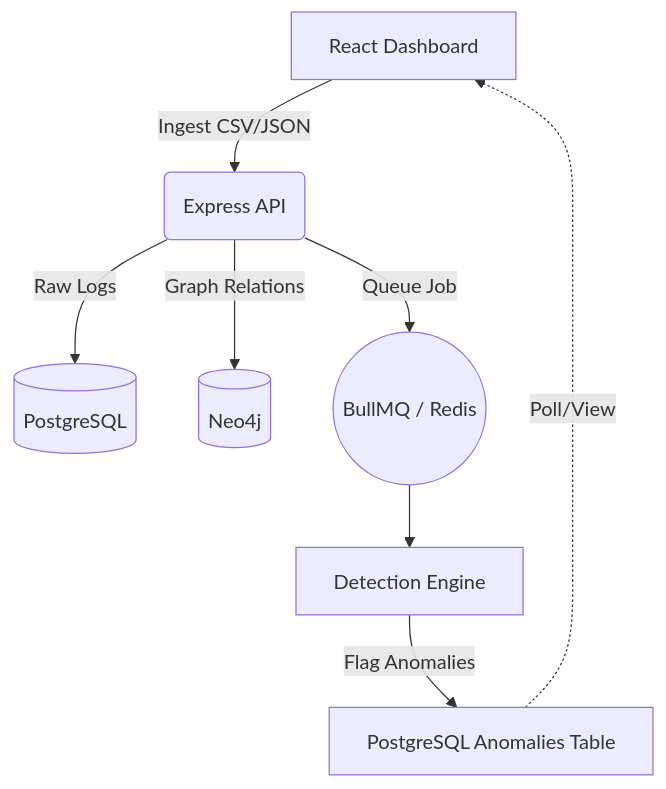
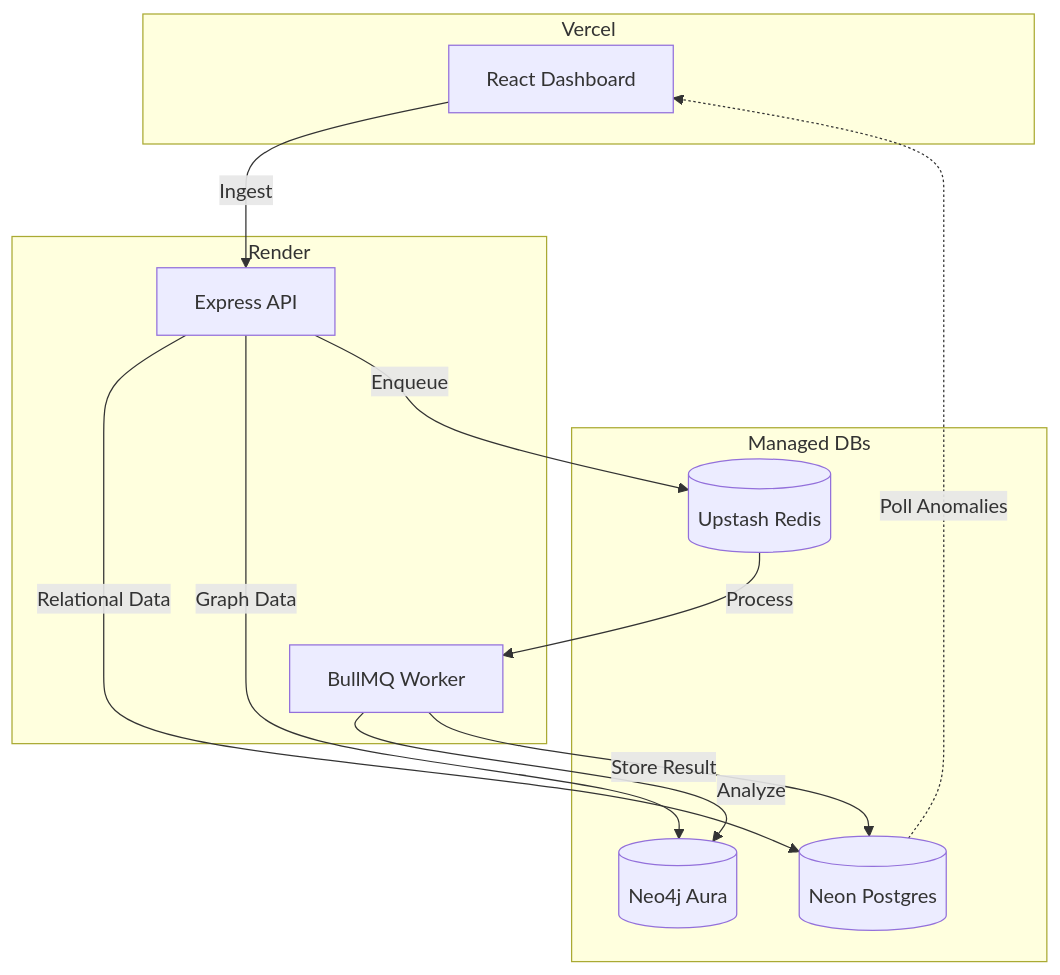
The diagram in README.md (someshsinha/transaction-anomaly-visualizer), drawn with Mermaid before and after one commit. The commit also changed other lines of this file, not shown here.

````diff
--- a/README.md
+++ b/README.md
@@ -26,10 +36,26 @@
 ```mermaid
 flowchart TD
-    A[React Dashboard] -->|Ingest CSV/JSON| B(Express API)
-    B -->|Raw Logs| C[(PostgreSQL)]
-    B -->|Graph Relations| D[(Neo4j)]
-    B -->|Queue Job| E((BullMQ / Redis))
-    E --> F[Detection Engine]
-    F -->|Flag Anomalies| G[PostgreSQL Anomalies Table]
-    G -.->|Poll/View| A
+    subgraph Client [Vercel]
+        A[React Dashboard]
+    end
+
+    subgraph Compute [Render]
+        B[Express API]
+        E[BullMQ Worker]
+    end
+
+    subgraph Storage [Managed DBs]
+        C[(Neon Postgres)]
+        D[(Neo4j Aura)]
+        F[(Upstash Redis)]
+    end
+
+    A -->|Ingest| B
+    B -->|Relational Data| C
+    B -->|Graph Data| D
+    B -->|Enqueue| F
+    F -->|Process| E
+    E -->|Analyze| D
+    E -->|Store Result| C
+    C -.->|Poll Anomalies| A
 ```
````
